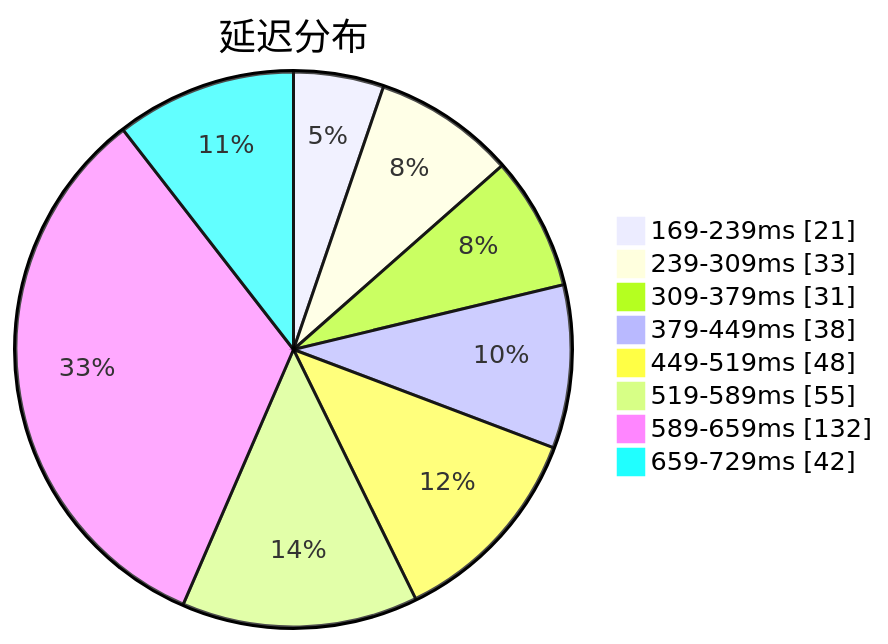
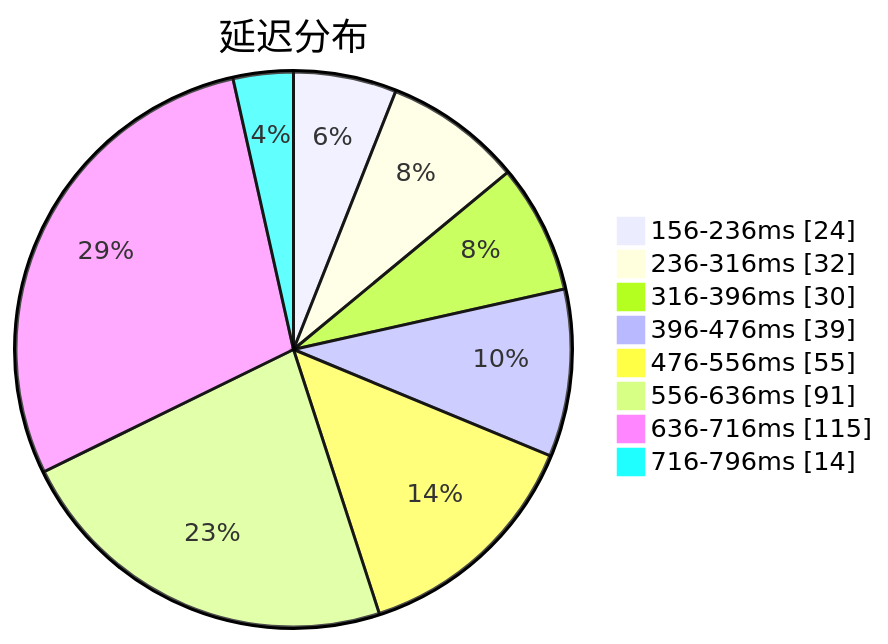
One commit to qjlxg/airport changed the first of 3 diagrams in subs/statistics/tested_within.md. Above: the diagram before and after it, drawn with Mermaid. The commit also changed other lines of this file and 2 other files, not shown here.

````diff
--- a/subs/statistics/tested_within.md
+++ b/subs/statistics/tested_within.md
@@ -2,12 +2,12 @@
 ```mermaid
 pie showData
 title 延迟分布
-"169-239ms" : 21
-"239-309ms" : 33
-"309-379ms" : 31
-"379-449ms" : 38
-"449-519ms" : 48
-"519-589ms" : 55
-"589-659ms" : 132
-"659-729ms" : 42
+"156-236ms" : 24
+"236-316ms" : 32
+"316-396ms" : 30
+"396-476ms" : 39
+"476-556ms" : 55
+"556-636ms" : 91
+"636-716ms" : 115
+"716-796ms" : 14
 ```
````
